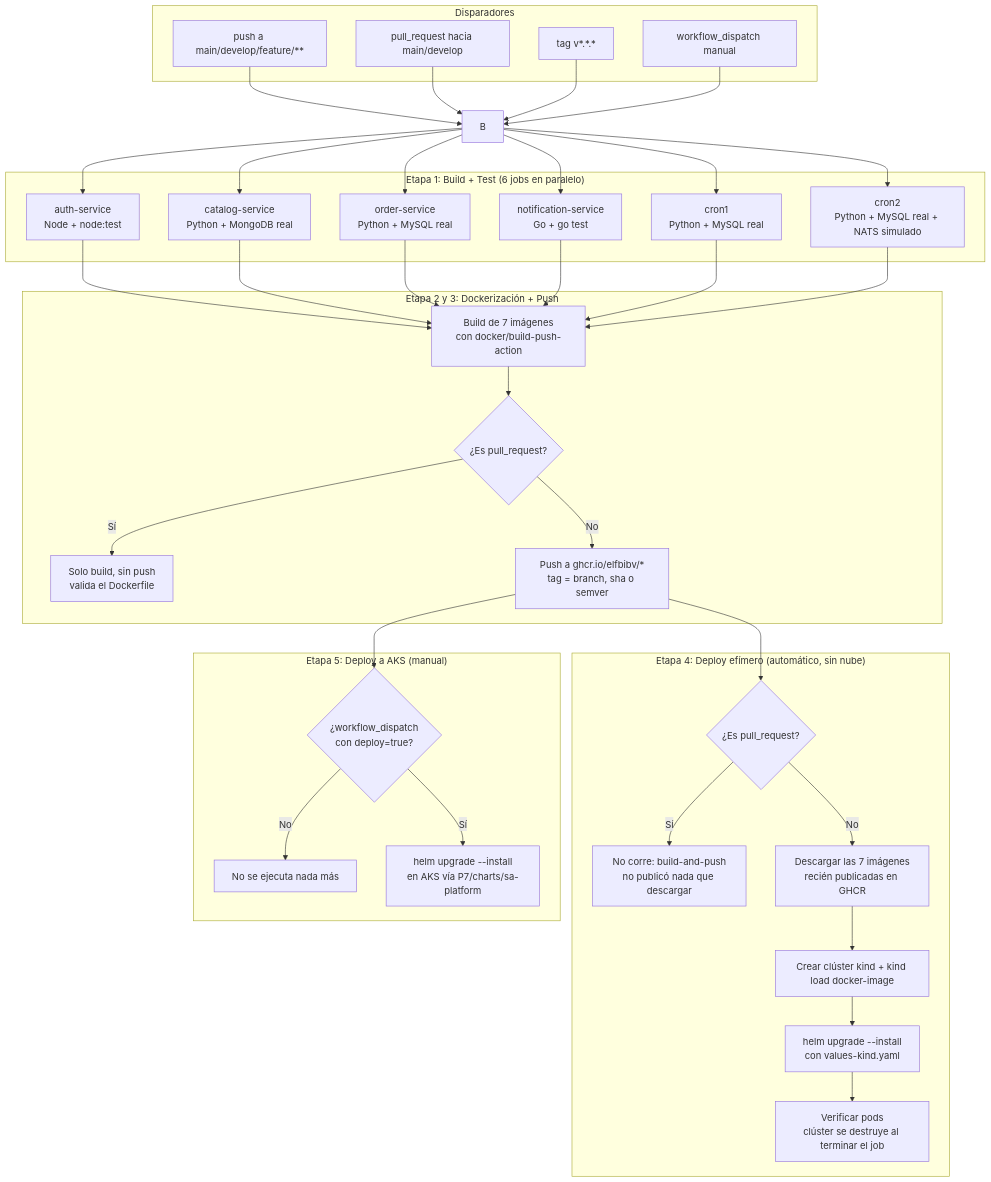
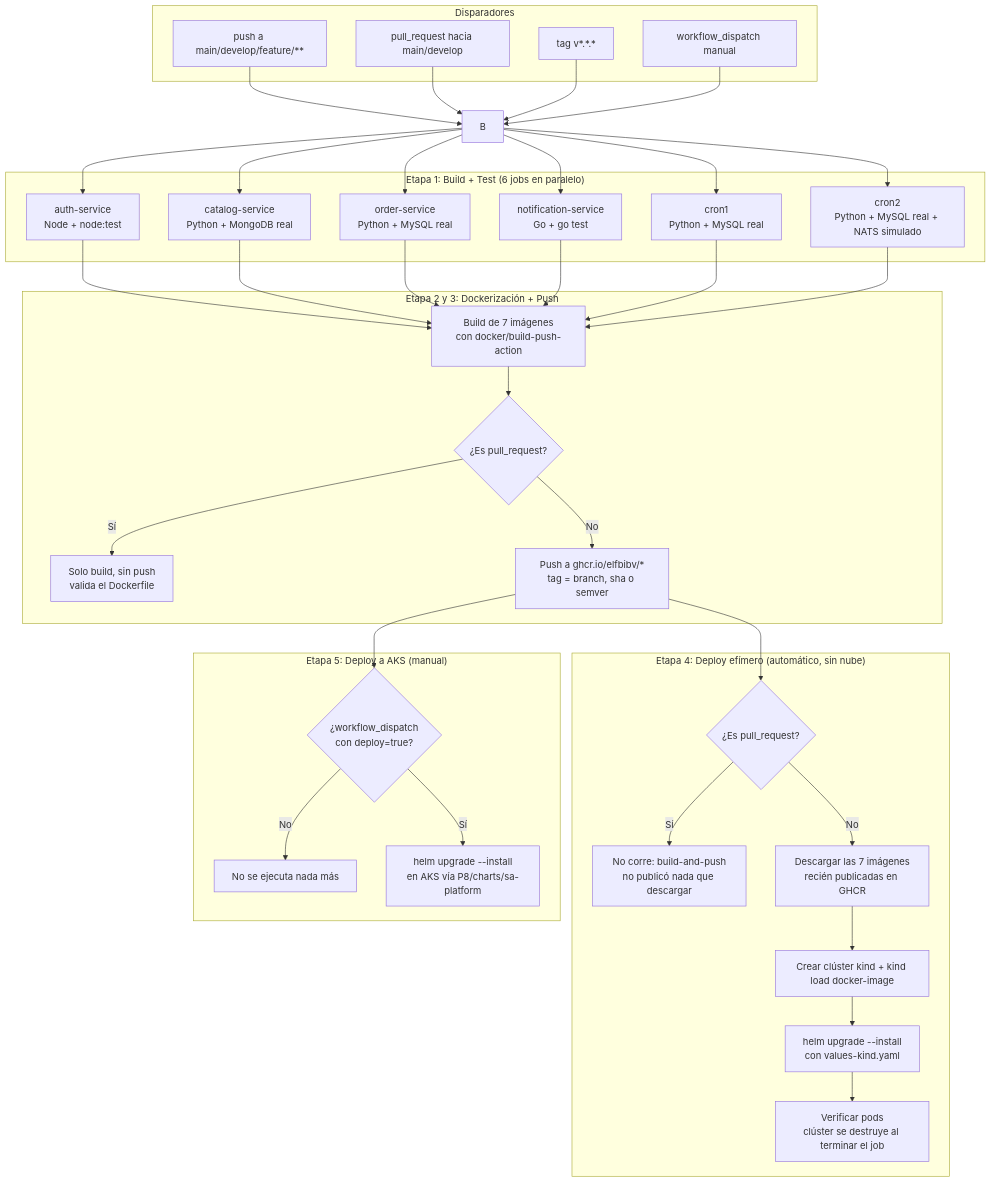
One commit to ELFBIBv/Practicas-SA-B-202203856 changed the first of 2 diagrams in P8/README.md. Above: the diagram before and after it, drawn with Mermaid. The commit also changed other lines of this file, not shown here.

````diff
--- a/P8/README.md
+++ b/P8/README.md
@@ -18,52 +34,52 @@
 ```mermaid
 flowchart TD
     subgraph Disparadores
         A1[push a main/develop/feature/**] 
         A2[pull_request hacia main/develop]
         A3[tag v*.*.*]
         A4[workflow_dispatch manual]
     end
 
     A1 --> B
     A2 --> B
     A3 --> B
     A4 --> B
 
     subgraph "Etapa 1: Build + Test (6 jobs en paralelo)"
         B1[auth-service\nNode + node:test]
         B2[catalog-service\nPython + MongoDB real]
         B3[order-service\nPython + MySQL real]
         B4[notification-service\nGo + go test]
         B5[cron1\nPython + MySQL real]
         B6[cron2\nPython + MySQL real + NATS simulado]
     end
     B --> B1 & B2 & B3 & B4 & B5 & B6
 
     B1 & B2 & B3 & B4 & B5 & B6 --> C
 
     subgraph "Etapa 2 y 3: Dockerización + Push"
         C[Build de 7 imágenes\ncon docker/build-push-action]
         C --> D{"¿Es pull_request?"}
         D -- Sí --> E[Solo build, sin push\nvalida el Dockerfile]
         D -- No --> F[Push a ghcr.io/elfbibv/*\ntag = branch, sha o semver]
     end
 
     F --> K
 
     subgraph "Etapa 4: Deploy efímero (automático, sin nube)"
         K{"¿Es pull_request?"}
         K -- Sí --> K0[No corre: build-and-push\nno publicó nada que descargar]
         K -- No --> K1[Descargar las 7 imágenes\nrecién publicadas en GHCR]
         K1 --> K2[Crear clúster kind + kind load docker-image]
         K2 --> K3[helm upgrade --install\ncon values-kind.yaml]
         K3 --> K4[Verificar pods\nclúster se destruye al terminar el job]
     end
 
     F --> G
 
     subgraph "Etapa 5: Deploy a AKS (manual)"
         G{"¿workflow_dispatch\ncon deploy=true?"}
         G -- No --> H[No se ejecuta nada más]
-        G -- Sí --> I[helm upgrade --install\nen AKS vía P7/charts/sa-platform]
+        G -- Sí --> I[helm upgrade --install\nen AKS vía P8/charts/sa-platform]
     end
 ```
````
